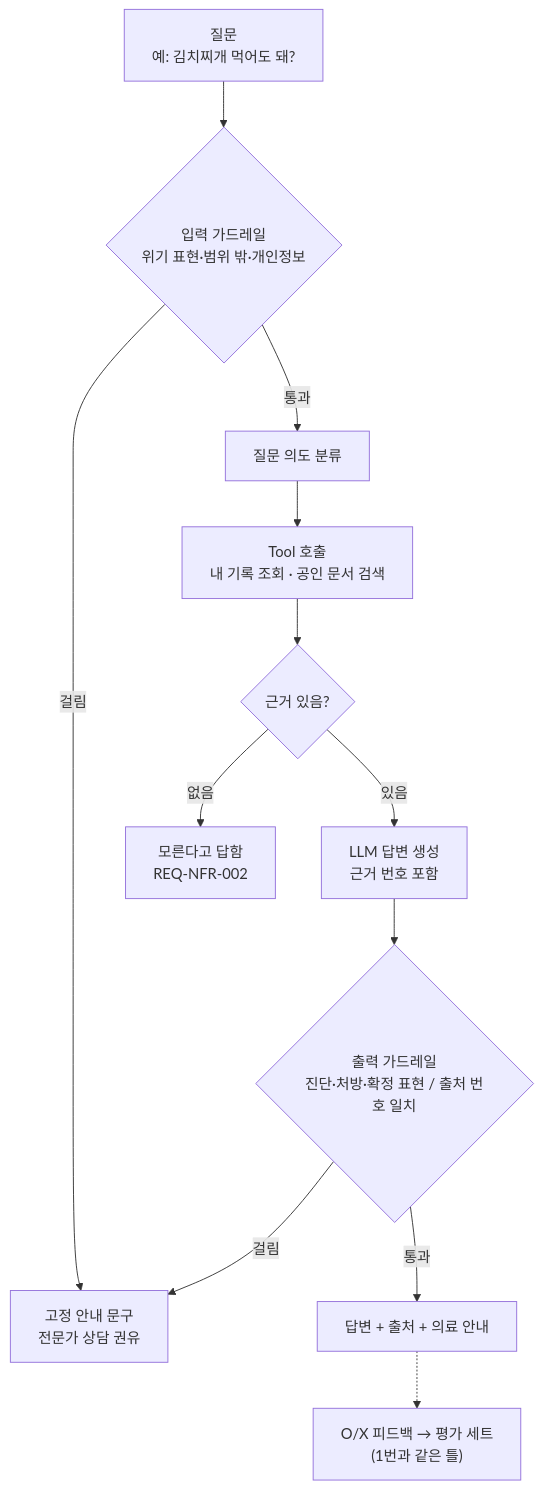
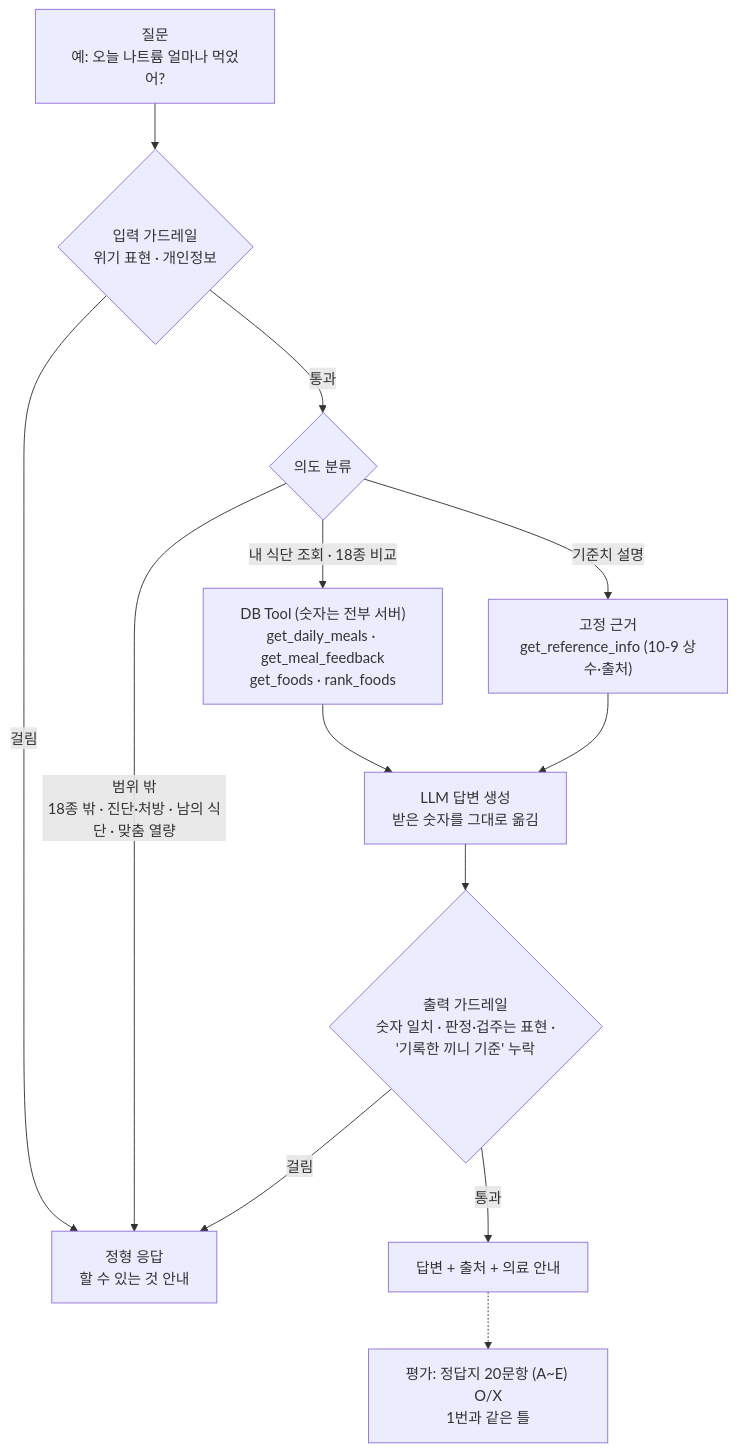
Before and after one commit to AI-HealthCare-07/pair2care: the third of 3 diagrams in docs/llm-pipeline.md, drawn with Mermaid. The commit also changed other lines of this file, not shown here.

Commit message:
docs: llm-pipeline 현지 의견 반영 (S-22, #142 경계, risk_signals 공유, 식단 챗봇 의도별 분기·숫자 일치 검사)

````diff
--- a/docs/llm-pipeline.md
+++ b/docs/llm-pipeline.md
@@ -88,14 +92,15 @@
 ```mermaid
 flowchart TD
-    A["질문<br/>예: 김치찌개 먹어도 돼?"] --> IG{"입력 가드레일<br/>위기 표현·범위 밖·개인정보"}
-    IG -- 걸림 --> X["고정 안내 문구<br/>전문가 상담 권유"]
-    IG -- 통과 --> B["질문 의도 분류"]
-    B --> T["Tool 호출<br/>내 기록 조회 · 공인 문서 검색"]
-    T --> E{"근거 있음?"}
-    E -- 없음 --> Y["모른다고 답함<br/>REQ-NFR-002"]
-    E -- 있음 --> F["LLM 답변 생성<br/>근거 번호 포함"]
-    F --> OG{"출력 가드레일<br/>진단·처방·확정 표현 / 출처 번호 일치"}
+    A["질문<br/>예: 오늘 나트륨 얼마나 먹었어?"] --> IG{"입력 가드레일<br/>위기 표현 · 개인정보"}
+    IG -- 걸림 --> X["정형 응답<br/>할 수 있는 것 안내"]
+    IG -- 통과 --> B{"의도 분류"}
+    B -- "범위 밖<br/>18종 밖 · 진단·처방 · 남의 식단 · 맞춤 열량" --> X
+    B -- "내 식단 조회 · 18종 비교" --> T["DB Tool (숫자는 전부 서버)<br/>get_daily_meals · get_meal_feedback<br/>get_foods · rank_foods"]
+    B -- "기준치 설명" --> R["고정 근거<br/>get_reference_info (10-9 상수·출처)"]
+    T --> F["LLM 답변 생성<br/>받은 숫자를 그대로 옮김"]
+    R --> F
+    F --> OG{"출력 가드레일<br/>숫자 일치 · 판정·겁주는 표현 ·<br/>'기록한 끼니 기준' 누락"}
     OG -- 걸림 --> X
     OG -- 통과 --> H["답변 + 출처 + 의료 안내"]
-    H -.-> I["O/X 피드백 → 평가 세트<br/>(1번과 같은 틀)"]
+    H -.-> EV["평가: 정답지 20문항 (A~E) O/X<br/>1번과 같은 틀"]
 ```
````
